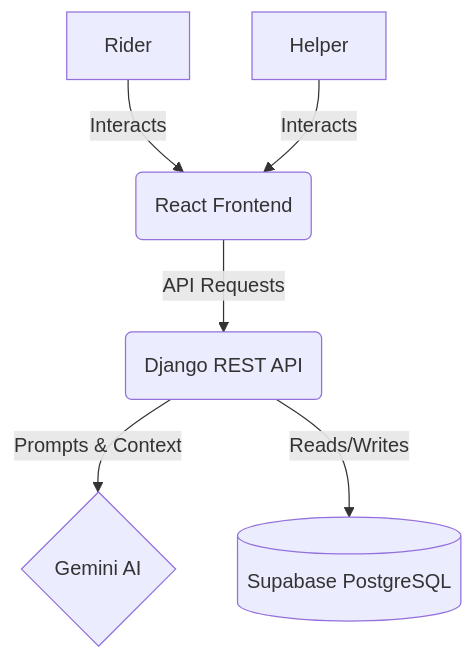
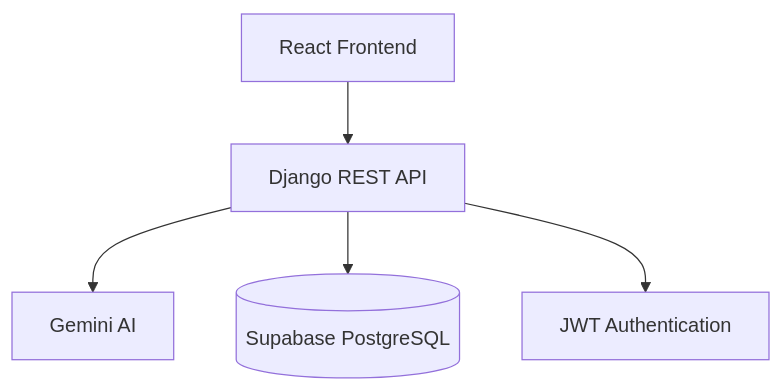
One commit to Nashap/CareRide-AI changed the first of 2 diagrams in README.md. Above: the diagram before and after it, drawn with Mermaid. The commit also changed other lines of this file, not shown here.

````diff
--- a/README.md
+++ b/README.md
@@ -78,8 +158,7 @@
 ```mermaid
 graph TD
-    A[Rider] -->|Interacts| B(React Frontend)
-    F[Helper] -->|Interacts| B
-    B -->|API Requests| C(Django REST API)
-    C -->|Prompts & Context| D{Gemini AI}
-    C -->|Reads/Writes| E[(Supabase PostgreSQL)]
+    A[React Frontend] --> B[Django REST API]
+    B --> C[Gemini AI]
+    B --> D[(Supabase PostgreSQL)]
+    B --> E[JWT Authentication]
 ```
````
